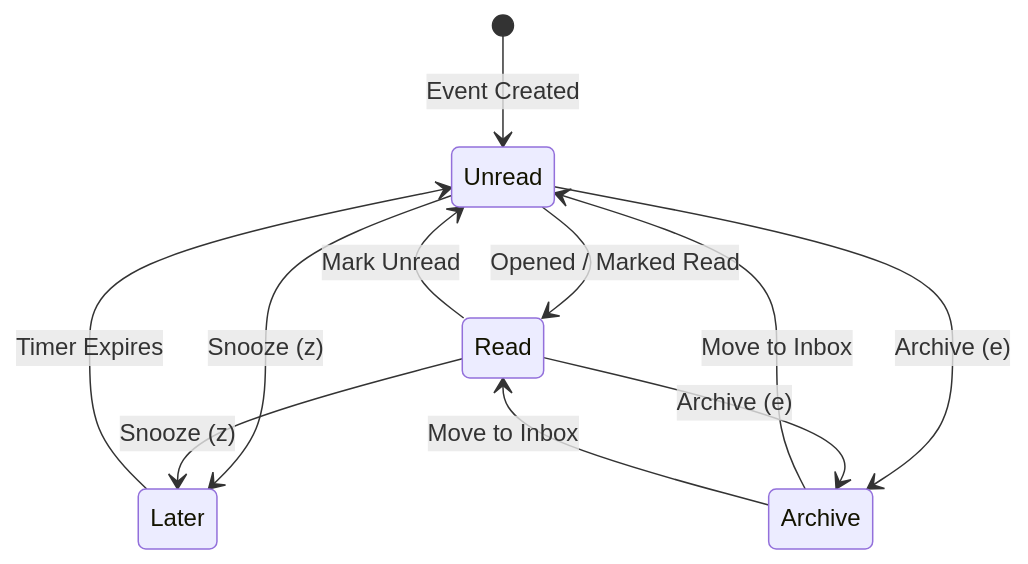
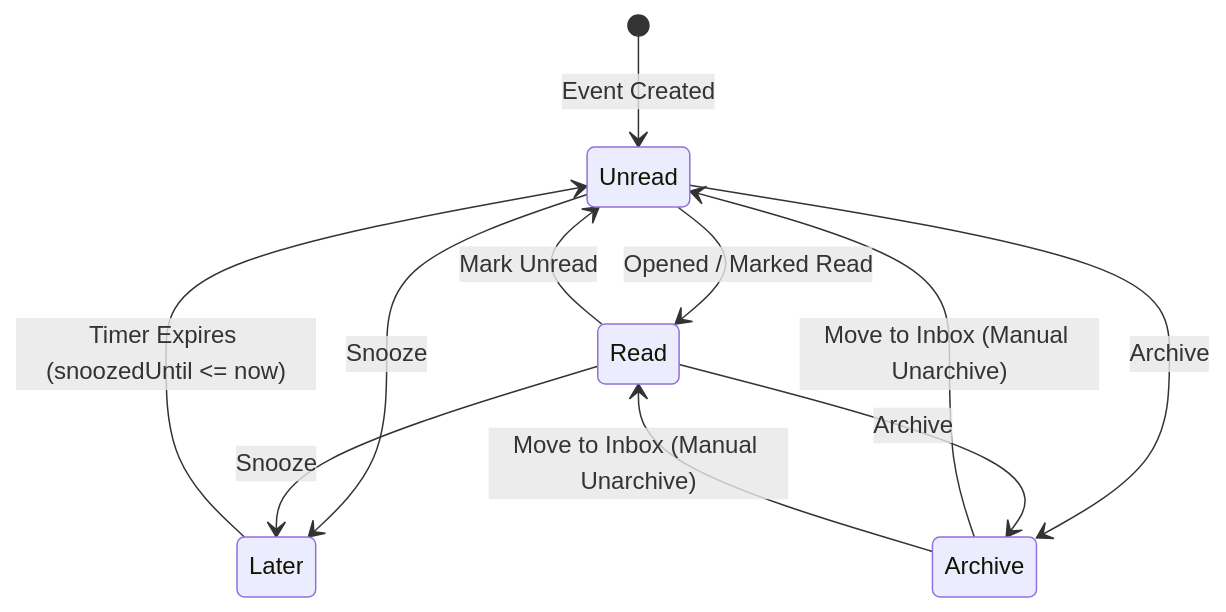
Before and after one commit to YounasKhan2/Orynqo-web: the second of 2 diagrams in docs/14-ui-04a-personal-inbox-product-ux-contract.md, drawn with Mermaid. The commit also changed other lines of this file, not shown here.

Commit message:
docs(ui): correct personal Inbox product contract

````diff
--- a/docs/14-ui-04a-personal-inbox-product-ux-contract.md
+++ b/docs/14-ui-04a-personal-inbox-product-ux-contract.md
@@ -281,13 +296,13 @@
 ```mermaid
 stateDiagram-v2
     [*] --> Unread : Event Created
     Unread --> Read : Opened / Marked Read
     Read --> Unread : Mark Unread
-    Unread --> Later : Snooze (z)
-    Read --> Later : Snooze (z)
-    Later --> Unread : Timer Expires
-    Unread --> Archive : Archive (e)
-    Read --> Archive : Archive (e)
-    Archive --> Unread : Move to Inbox
-    Archive --> Read : Move to Inbox
+    Unread --> Later : Snooze
+    Read --> Later : Snooze
+    Later --> Unread : Timer Expires (snoozedUntil <= now)
+    Unread --> Archive : Archive
+    Read --> Archive : Archive
+    Archive --> Unread : Move to Inbox (Manual Unarchive)
+    Archive --> Read : Move to Inbox (Manual Unarchive)
 ```
````
